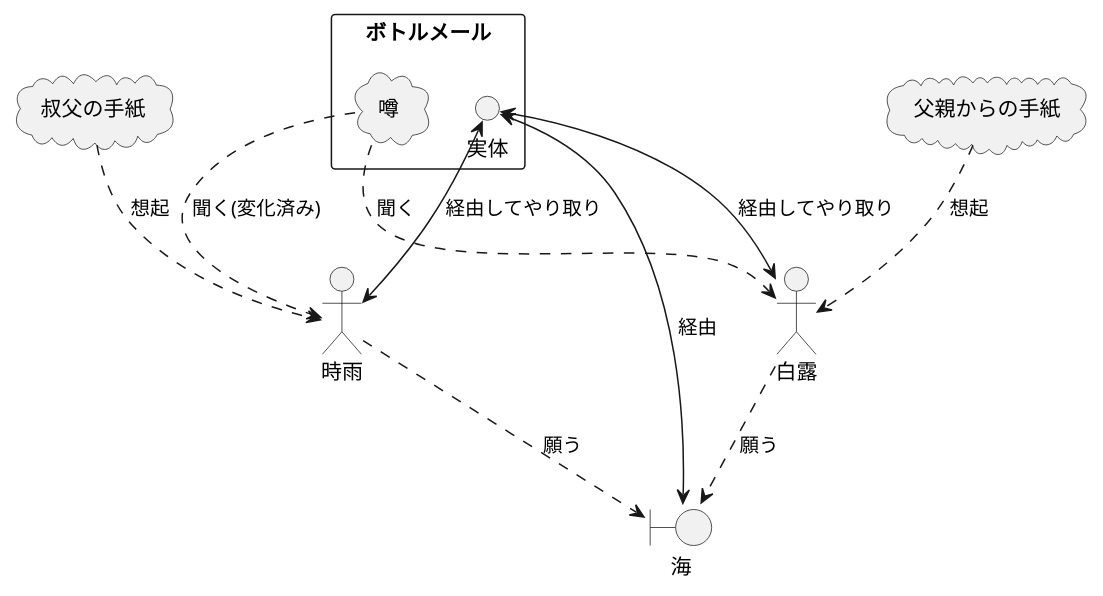
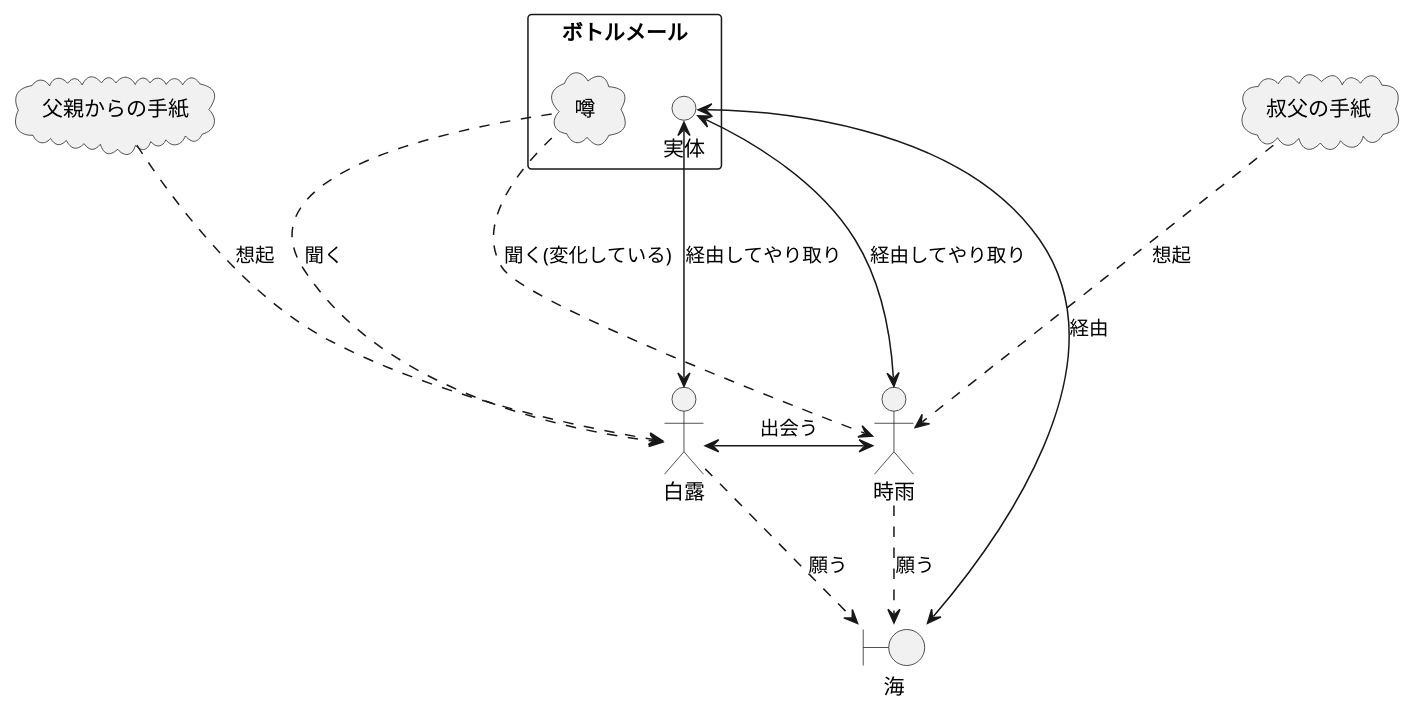
One commit to RShirohara/kcs-ShiraShig_kai2 changed the diagram in data/plot.wsd. Above: the diagram before and after it, drawn with PlantUML. The commit also changed 1 other file, not shown here.

Commit message:
関係図を修正

```diff
--- a/data/plot.wsd
+++ b/data/plot.wsd
@@ -1,23 +1,24 @@
 @startuml 関係図
 
 actor 白露 as st
 actor 時雨 as sg
 rectangle ボトルメール {
     cloud 噂 as rm
     interface 実体 as mail
 }
 boundary 海 as sea
 cloud 父親からの手紙 as memory1
 cloud 叔父の手紙 as memory2
 
+st <-> sg: 出会う
 rm ..> st: 聞く
-rm ..> sg: 聞く(変化済み)
+rm ...> sg: 聞く(変化している)
 mail <-> st: 経由してやり取り
 mail <-> sg: 経由してやり取り
 mail <-> sea: 経由
 st ..> sea: 願う
 sg ..> sea: 願う
-memory1 ..> st: 想起
-memory2 ..> sg: 想起
+memory1 ...> st: 想起
+memory2 ...> sg: 想起
 
 @enduml
```
